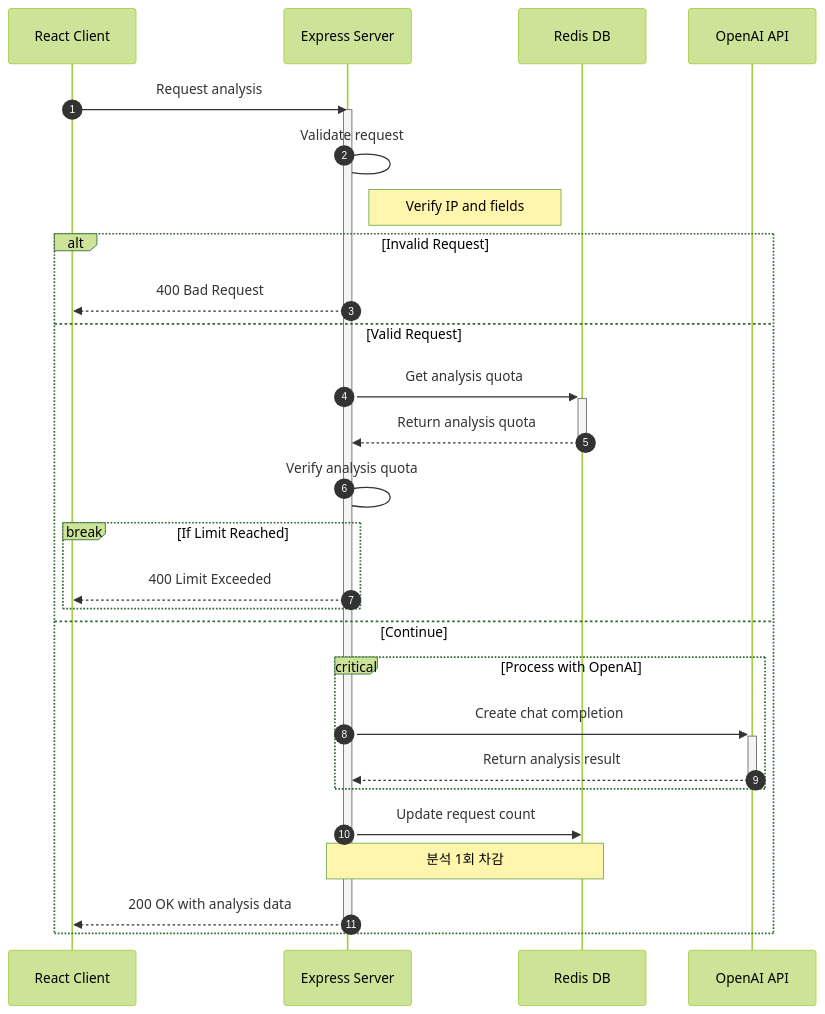
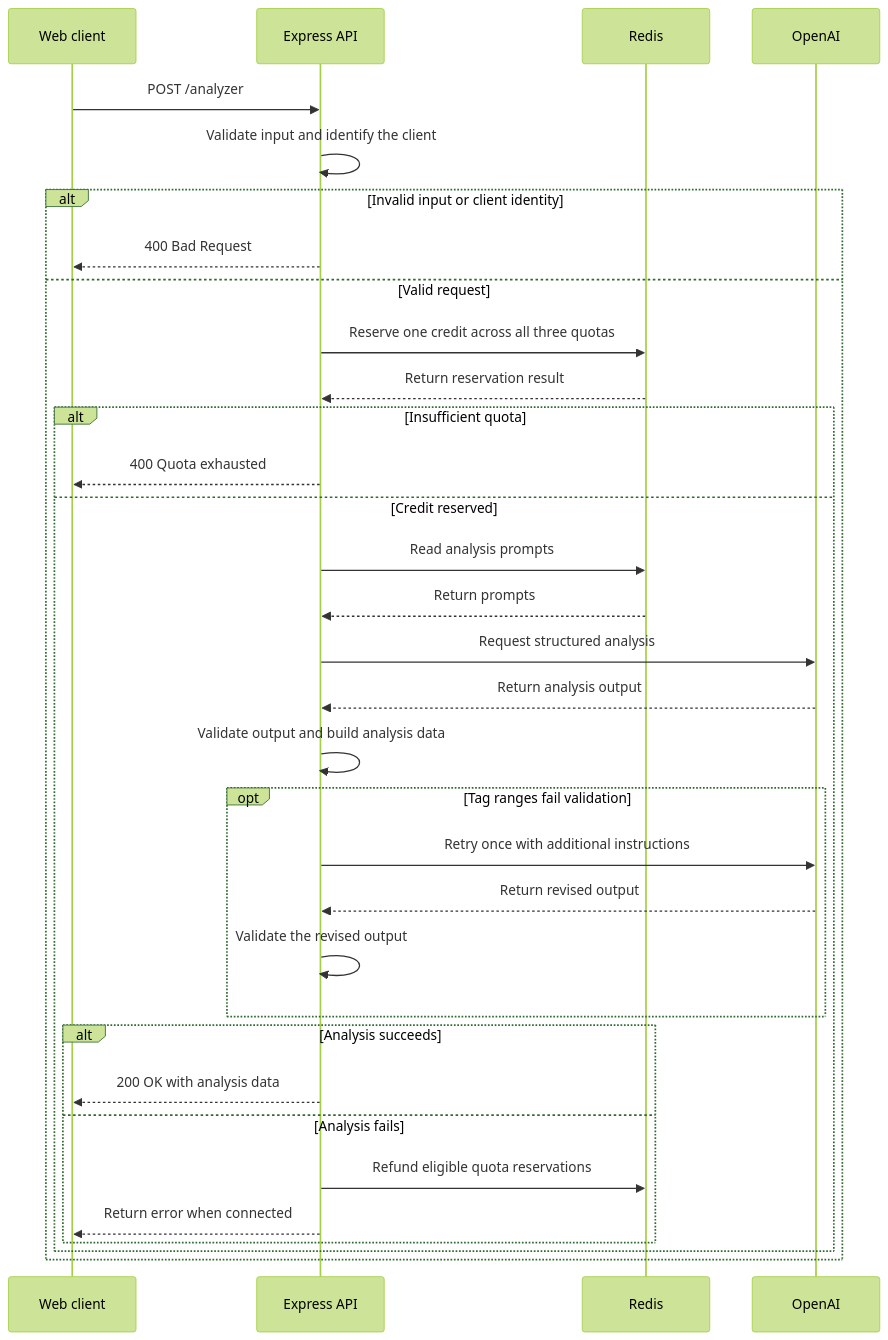
One commit to romantech/syntax-analyzer changed the diagram in README.md. Above: the diagram before and after it, drawn with Mermaid (forest theme). The commit also changed other lines of this file and 12 other files, not shown here.

````diff
--- a/README.md
+++ b/README.md
@@ -56,41 +56,36 @@
 ```mermaid
 sequenceDiagram
-    autonumber
+    participant C as Web client
+    participant A as Express API
+    participant R as Redis
+    participant O as OpenAI
 
-    participant C as React Client
-    participant S as Express Server
-    participant R as Redis DB
-    participant O as OpenAI API
-
-    C->>S: Request analysis #32;#32;
-
-    activate S
-
-    S->S: Validate request
-    Note right of S: Verify IP and fields #32;
-
-    alt Invalid Request
-        S-->>C: 400 Bad Request
-
-    else Valid Request
-        S->>+R: Get analysis quota
-        R-->>-S: Return analysis quota
-        S->S: Verify analysis quota
-
-        break If Limit Reached
-            S-->>C: 400 Limit Exceeded
+    C->>A: POST /analyzer
+    A->>A: Validate input and identify the client
+    alt Invalid input or client identity
+        A-->>C: 400 Bad Request
+    else Valid request
+        A->>R: Reserve one credit across all three quotas
+        R-->>A: Return reservation result
+        alt Insufficient quota
+            A-->>C: 400 Quota exhausted
+        else Credit reserved
+            A->>R: Read analysis prompts
+            R-->>A: Return prompts
+            A->>O: Request structured analysis
+            O-->>A: Return analysis output
+            A->>A: Validate output and build analysis data
+            opt Tag ranges fail validation
+                A->>O: Retry once with additional instructions
+                O-->>A: Return revised output
+                A->>A: Validate the revised output
+            end
+            alt Analysis succeeds
+                A-->>C: 200 OK with analysis data
+            else Analysis fails
+                A->>R: Refund eligible quota reservations
+                A-->>C: Return error when connected
+            end
         end
-
-        else Continue
-            critical Process with OpenAI
-                S->>+O: Create chat completion
-                O-->>-S: Return analysis result
-            end
-
-            S->>R: Update request count
-            Note over S,R: 분석 1회 차감
-
-            S-->>C: 200 OK with analysis data
-            deactivate S
     end
 ```
````
